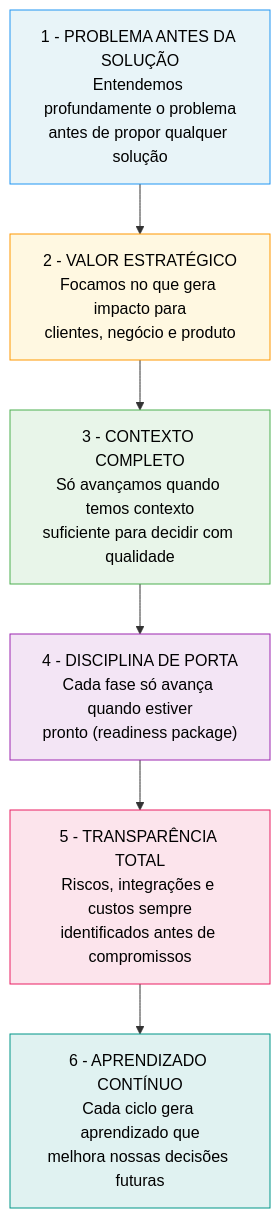
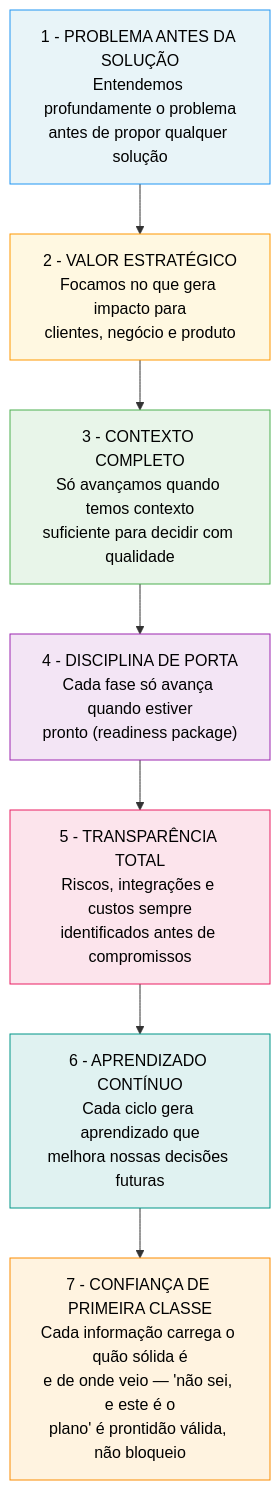
The tenth of 11 diagrams in README.md (hugo-hsbtech/teamwork-process), drawn with Mermaid before and after one commit. The commit also changed other lines of this file and 2 other files, not shown here.

Commit message:
docs(tier1): propaga modelo maturado nos docs de processo e referencias
Integra confianca-primeiro, Readiness Score e dispositions de forma
aditiva (sem reescrever) nos docs centrais:
- 02-happy-path.md — addendum de prontidao no Passo 1, gate por
  gateReady, snapshot herdado na triagem, principio 9.
- references.md — 3 linhas no mapeamento + nova secao 11 (Readiness
  Score, dispositions, RICE-lite) + bibliografia (Intercom, Bland &
  Osterwalder).
- README.md — nota de gateReady na maquina de estados (secao 9) e
  7a regra de ouro 'Confianca de primeira classe' (secao 10).

````diff
--- a/README.md
+++ b/README.md
@@ -465,18 +467,20 @@
 ```mermaid
 flowchart TD
     R1["1 - PROBLEMA ANTES DA SOLUÇÃO\nEntendemos profundamente o problema\nantes de propor qualquer solução"]
     R2["2 - VALOR ESTRATÉGICO\nFocamos no que gera impacto para\nclientes, negócio e produto"]
     R3["3 - CONTEXTO COMPLETO\nSó avançamos quando temos contexto\nsuficiente para decidir com qualidade"]
     R4["4 - DISCIPLINA DE PORTA\nCada fase só avança quando estiver\npronto (readiness package)"]
     R5["5 - TRANSPARÊNCIA TOTAL\nRiscos, integrações e custos sempre\nidentificados antes de compromissos"]
     R6["6 - APRENDIZADO CONTÍNUO\nCada ciclo gera aprendizado que\nmelhora nossas decisões futuras"]
+    R7["7 - CONFIANÇA DE PRIMEIRA CLASSE\nCada informação carrega o quão sólida é\ne de onde veio — 'não sei, e este é o\nplano' é prontidão válida, não bloqueio"]
 
-    R1 --> R2 --> R3 --> R4 --> R5 --> R6
+    R1 --> R2 --> R3 --> R4 --> R5 --> R6 --> R7
 
     style R1 fill:#e8f4f8,stroke:#2196F3,color:#000
     style R2 fill:#fff8e1,stroke:#FF9800,color:#000
     style R3 fill:#e8f5e9,stroke:#4CAF50,color:#000
     style R4 fill:#f3e5f5,stroke:#9C27B0,color:#000
     style R5 fill:#fce4ec,stroke:#E91E63,color:#000
     style R6 fill:#e0f2f1,stroke:#009688,color:#000
+    style R7 fill:#fff3e0,stroke:#FB8C00,color:#000
 ```
````
